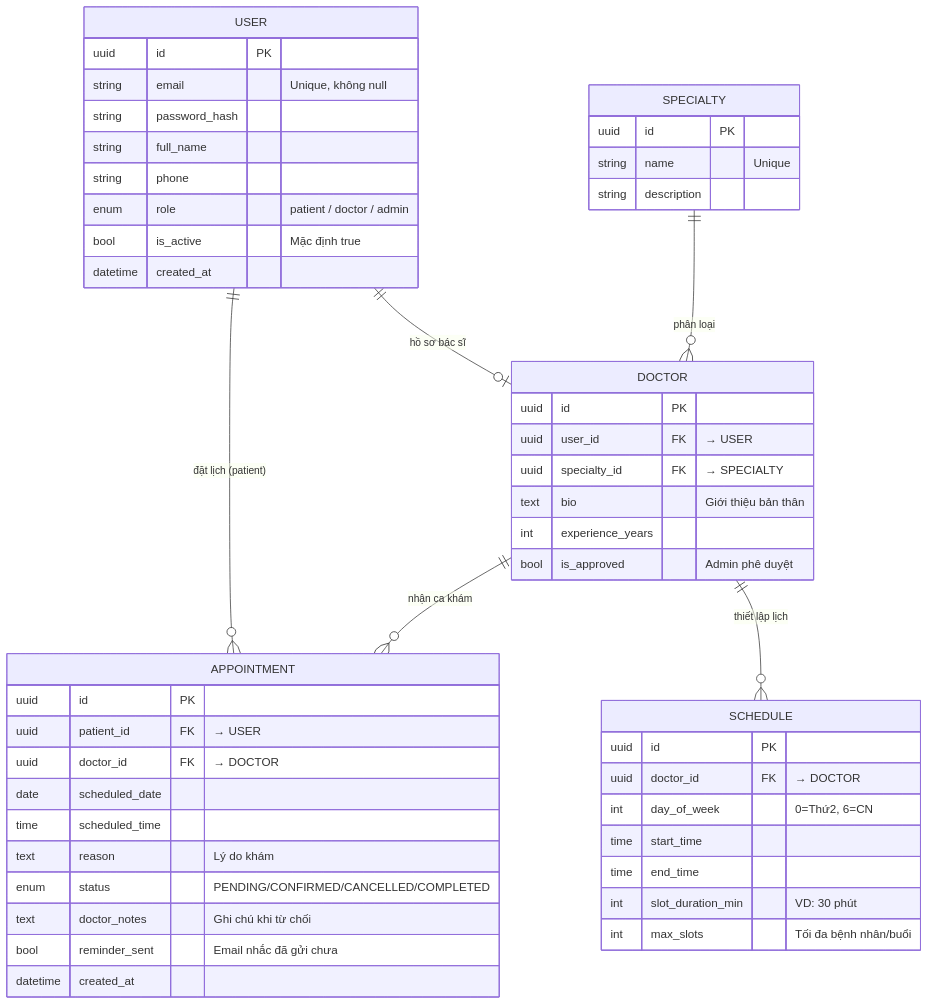
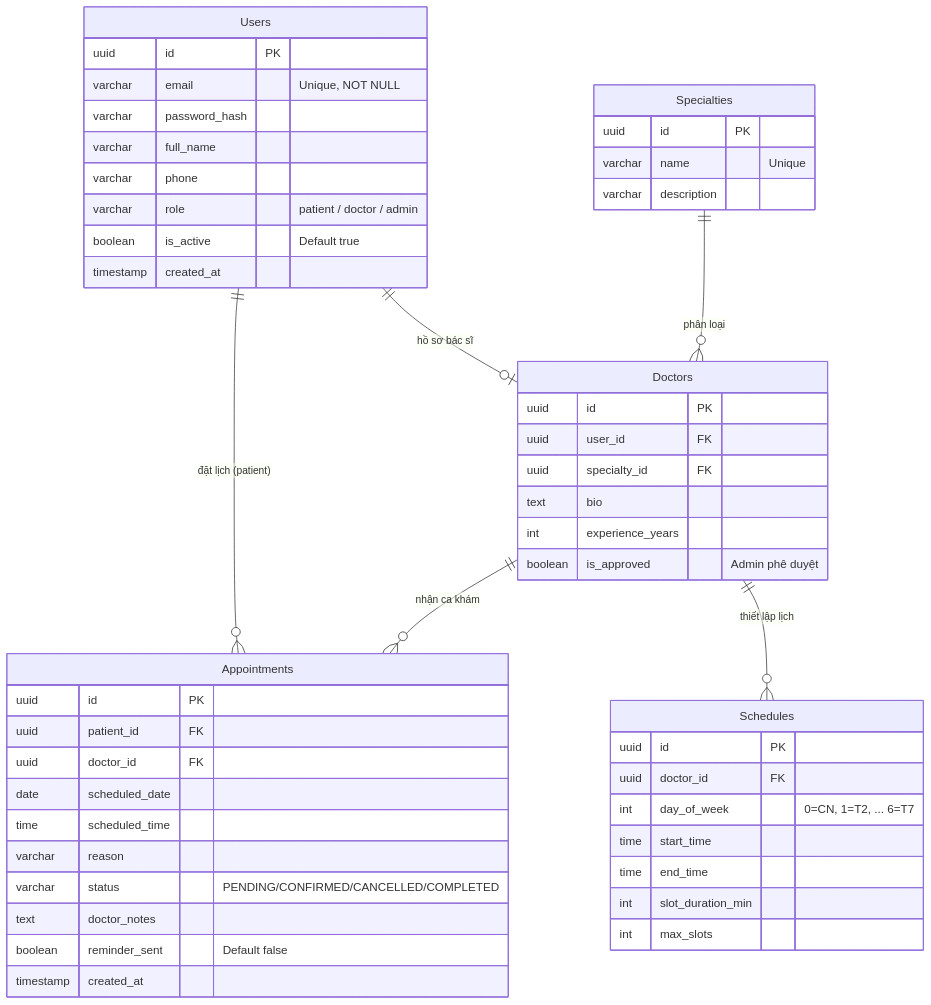
The first of 3 diagrams in TruongTheHaiThinh_project-proposal.md (TruongTheHaiThinh/MedBook-Online-Medical-Appointment-Booking-System), drawn with Mermaid before and after one commit. The commit also changed other lines of this file, not shown here.

````diff
--- a/TruongTheHaiThinh_project-proposal.md
+++ b/TruongTheHaiThinh_project-proposal.md
@@ -140,57 +158,57 @@
 ```mermaid
 erDiagram
-    USER ||--o{ APPOINTMENT : "đặt lịch (patient)"
-    USER ||--o| DOCTOR : "hồ sơ bác sĩ"
-    DOCTOR ||--o{ APPOINTMENT : "nhận ca khám"
-    DOCTOR ||--o{ SCHEDULE : "thiết lập lịch"
-    SPECIALTY ||--o{ DOCTOR : "phân loại"
+    Users ||--o{ Appointments : "đặt lịch (patient)"
+    Users ||--o| Doctors : "hồ sơ bác sĩ"
+    Doctors ||--o{ Appointments : "nhận ca khám"
+    Doctors ||--o{ Schedules : "thiết lập lịch"
+    Specialties ||--o{ Doctors : "phân loại"
 
-    USER {
+    Users {
         uuid id PK
-        string email "Unique, không null"
-        string password_hash
-        string full_name
-        string phone
-        enum role "patient / doctor / admin"
-        bool is_active "Mặc định true"
-        datetime created_at
+        varchar email "Unique, NOT NULL"
+        varchar password_hash
+        varchar full_name
+        varchar phone
+        varchar role "patient / doctor / admin"
+        boolean is_active "Default true"
+        timestamp created_at
     }
 
-    DOCTOR {
+    Doctors {
         uuid id PK
-        uuid user_id FK "→ USER"
-        uuid specialty_id FK "→ SPECIALTY"
-        text bio "Giới thiệu bản thân"
+        uuid user_id FK
+        uuid specialty_id FK
+        text bio
         int experience_years
-        bool is_approved "Admin phê duyệt"
+        boolean is_approved "Admin phê duyệt"
     }
 
-    SPECIALTY {
+    Specialties {
         uuid id PK
-        string name "Unique"
-        string description
+        varchar name "Unique"
+        varchar description
     }
 
-    SCHEDULE {
+    Schedules {
         uuid id PK
-        uuid doctor_id FK "→ DOCTOR"
-        int day_of_week "0=Thứ2, 6=CN"
+        uuid doctor_id FK
+        int day_of_week "0=CN, 1=T2, ... 6=T7"
         time start_time
         time end_time
-        int slot_duration_min "VD: 30 phút"
-        int max_slots "Tối đa bệnh nhân/buổi"
+        int slot_duration_min
+        int max_slots
     }
 
-    APPOINTMENT {
+    Appointments {
         uuid id PK
-        uuid patient_id FK "→ USER"
-        uuid doctor_id FK "→ DOCTOR"
+        uuid patient_id FK
+        uuid doctor_id FK
         date scheduled_date
         time scheduled_time
-        text reason "Lý do khám"
-        enum status "PENDING/CONFIRMED/CANCELLED/COMPLETED"
-        text doctor_notes "Ghi chú khi từ chối"
-        bool reminder_sent "Email nhắc đã gửi chưa"
-        datetime created_at
+        varchar reason
+        varchar status "PENDING/CONFIRMED/CANCELLED/COMPLETED"
+        text doctor_notes
+        boolean reminder_sent "Default false"
+        timestamp created_at
     }
 ```
````
